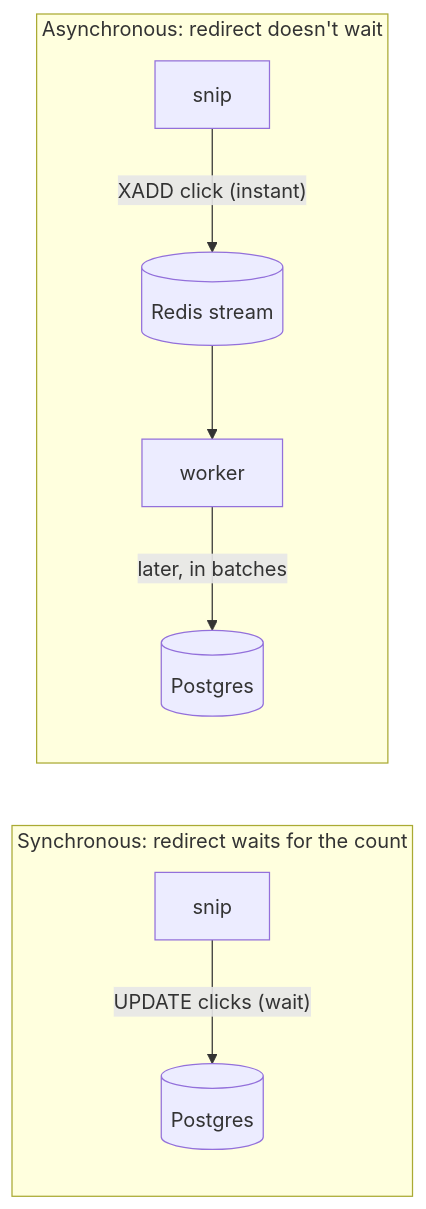
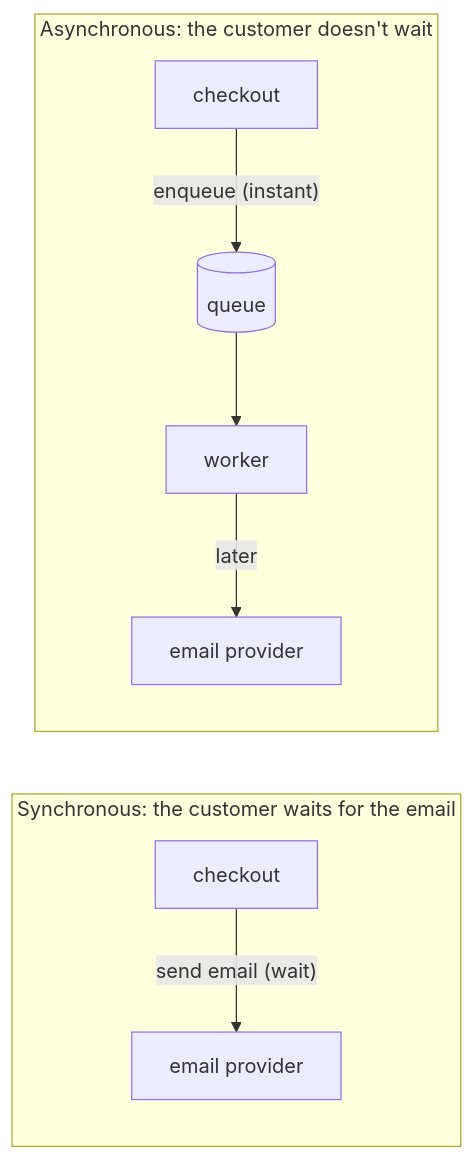
The third of 3 diagrams in docs/distributed/distributed-survival-kit.mdx (jawwadzafar/zero-to-prod), drawn with Mermaid before and after one commit. The commit also changed other lines of this file, not shown here.

````diff
--- a/docs/distributed/distributed-survival-kit.mdx
+++ b/docs/distributed/distributed-survival-kit.mdx
@@ -190,10 +250,10 @@
 ```mermaid
 flowchart LR
-    subgraph Sync["Synchronous: redirect waits for the count"]
-        A1["snip"] -->|"UPDATE clicks (wait)"| D1[("Postgres")]
+    subgraph Sync["Synchronous: the customer waits for the email"]
+        A1["checkout"] -->|"send email (wait)"| D1["email provider"]
     end
-    subgraph Async["Asynchronous: redirect doesn't wait"]
-        A2["snip"] -->|"XADD click (instant)"| Q[("Redis stream")]
-        Q --> W["worker"] -->|"later, in batches"| D2[("Postgres")]
+    subgraph Async["Asynchronous: the customer doesn't wait"]
+        A2["checkout"] -->|"enqueue (instant)"| Q[("queue")]
+        Q --> W["worker"] -->|"later"| D2["email provider"]
     end
 ```
````
